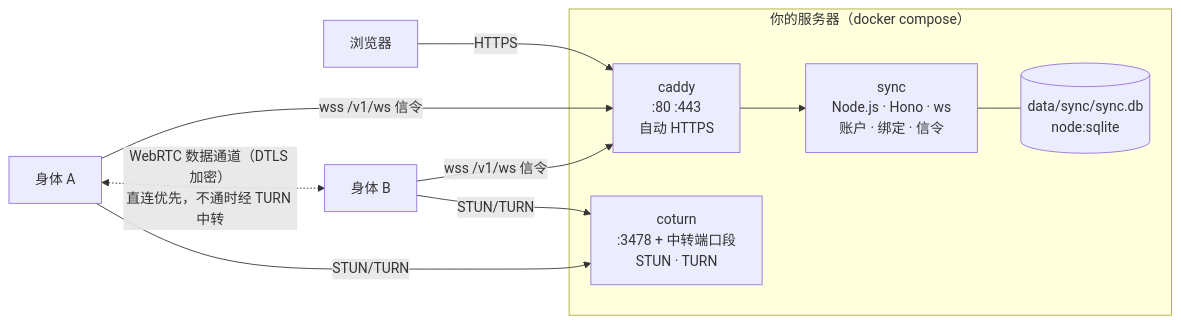
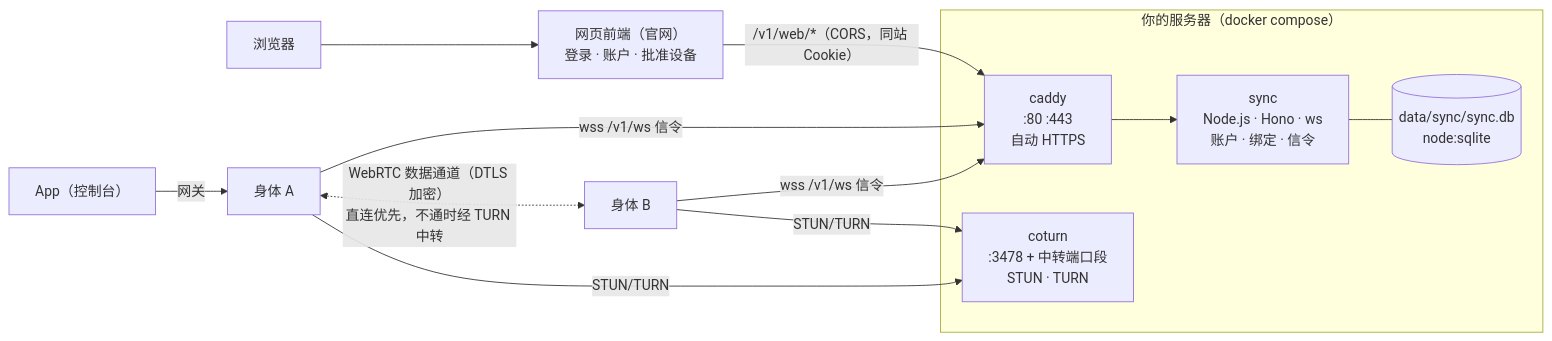
The diagram in sync/docs/ARCHITECTURE.md (Causally-XYZ/Project.Quetzal), drawn with Mermaid before and after one commit. The commit also changed other lines of this file and 15 other files, not shown here.

Commit message:
同步服务：账户接口 /v1/web/*（网页前端用 Cookie + CORS，控制台用 Bearer qsc_ 令牌）与控制台登录（只有本账户下的身体能申请、只有账户主人能批准、可吊销）；SYNC_WEB_URL 配置后给人看的入口与绑定链接都指向网页前端；协议、架构、部署文档与测试

````diff
--- a/sync/docs/ARCHITECTURE.md
+++ b/sync/docs/ARCHITECTURE.md
@@ -5,14 +5,16 @@
 ```mermaid
 flowchart LR
   subgraph Server["你的服务器（docker compose）"]
     CADDY["caddy<br/>:80 :443<br/>自动 HTTPS"] --> SYNC["sync<br/>Node.js · Hono · ws<br/>账户 · 绑定 · 信令"]
     SYNC --- DB[("data/sync/sync.db<br/>node:sqlite")]
     TURN["coturn<br/>:3478 + 中转端口段<br/>STUN · TURN"]
   end
-  U["浏览器"] -- HTTPS --> CADDY
+  W["网页前端（官网）<br/>登录 · 账户 · 批准设备"] -- "/v1/web/*（CORS，同站 Cookie）" --> CADDY
+  U["浏览器"] --> W
+  APP["App（控制台）"] -- 网关 --> A
   A["身体 A"] -- "wss /v1/ws 信令" --> CADDY
   B["身体 B"] -- "wss /v1/ws 信令" --> CADDY
   A <-. "WebRTC 数据通道（DTLS 加密）<br/>直连优先，不通时经 TURN 中转" .-> B
   A -- STUN/TURN --> TURN
   B -- STUN/TURN --> TURN
 ```
````
